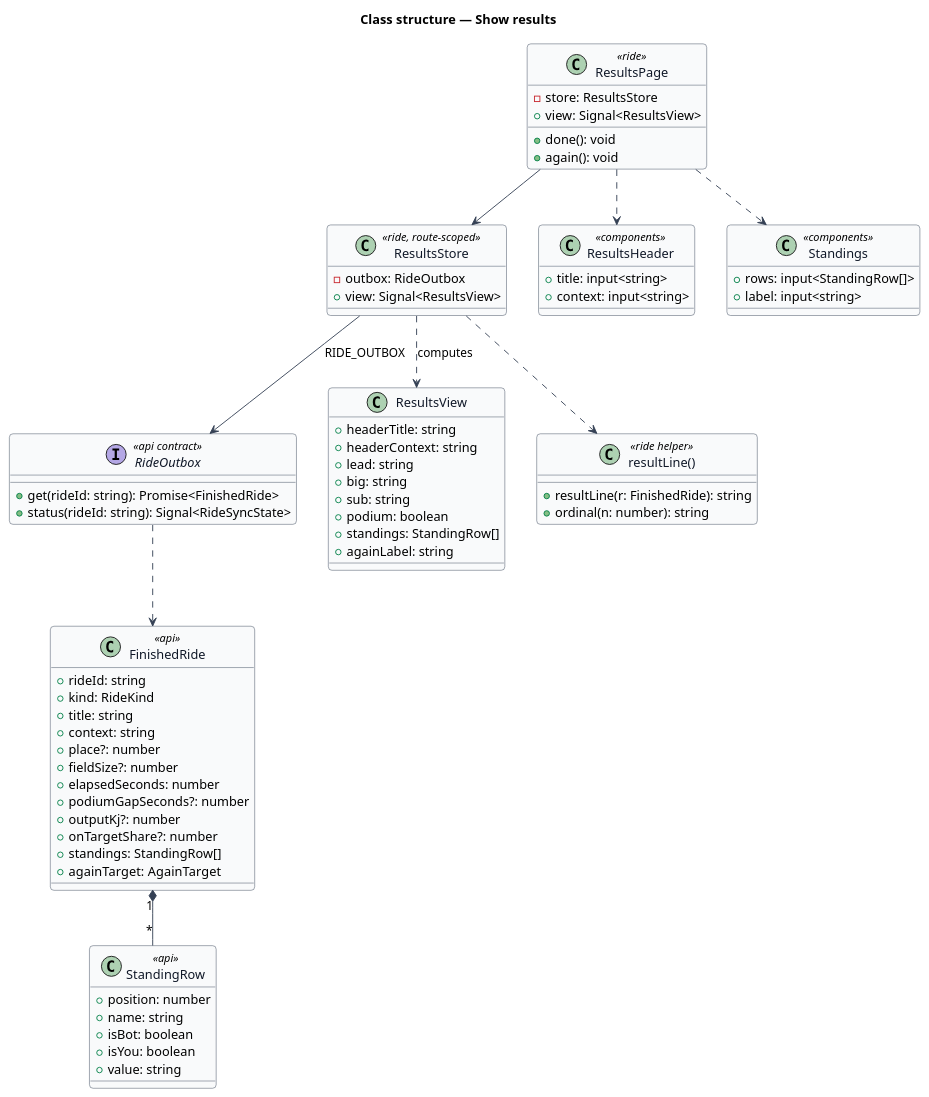
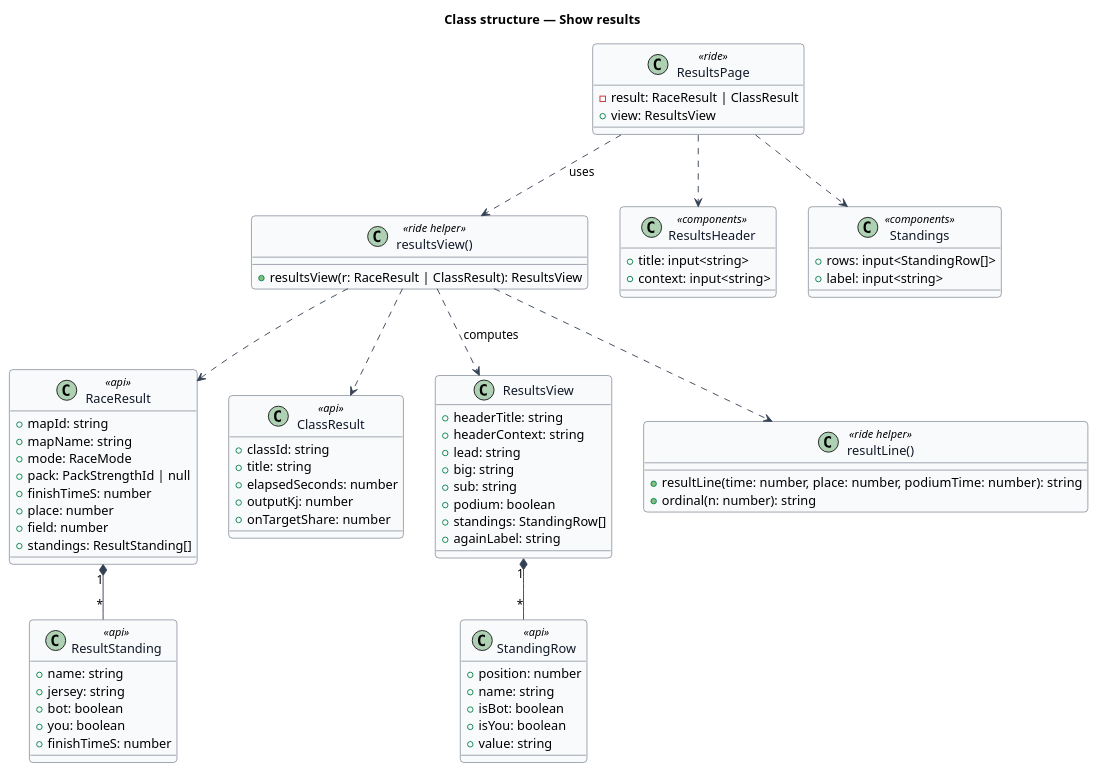
Before and after one commit to QuinntyneBrown/ride-one: the diagram in docs/detailed-designs/results/show-results/diagrams/class-structure.puml, drawn with PlantUML. The commit also changed 8 other files, not shown here.

```diff
--- a/docs/detailed-designs/results/show-results/diagrams/class-structure.puml
+++ b/docs/detailed-designs/results/show-results/diagrams/class-structure.puml
@@ -1,80 +1,84 @@
 @startuml
 ' --- shared skin header ---
 skinparam backgroundColor #FFFFFF
 skinparam shadowing false
 skinparam roundcorner 8
 skinparam defaultFontName Arial
 skinparam ArrowColor #344054
 skinparam class {
   BorderColor #344054
   FontColor #101828
   BackgroundColor #F9FAFB
 }
 ' --------------------------
 title Class structure — Show results
 class ResultsPage <<ride>> {
-  -store: ResultsStore
-  +view: Signal<ResultsView>
-  +done(): void
-  +again(): void
+  -result: RaceResult | ClassResult
+  +view: ResultsView
 }
-class ResultsStore <<ride, route-scoped>> {
-  -outbox: RideOutbox
-  +view: Signal<ResultsView>
+class "resultsView()" as rv <<ride helper>> {
+  +resultsView(r: RaceResult | ClassResult): ResultsView
 }
-interface RideOutbox <<api contract>> {
-  +get(rideId: string): Promise<FinishedRide>
-  +status(rideId: string): Signal<RideSyncState>
+class RaceResult <<api>> {
+  +mapId: string
+  +mapName: string
+  +mode: RaceMode
+  +pack: PackStrengthId | null
+  +finishTimeS: number
+  +place: number
+  +field: number
+  +standings: ResultStanding[]
 }
-class FinishedRide <<api>> {
-  +rideId: string
-  +kind: RideKind
+class ClassResult <<api>> {
+  +classId: string
   +title: string
-  +context: string
-  +place?: number
-  +fieldSize?: number
   +elapsedSeconds: number
-  +podiumGapSeconds?: number
-  +outputKj?: number
-  +onTargetShare?: number
-  +standings: StandingRow[]
-  +againTarget: AgainTarget
+  +outputKj: number
+  +onTargetShare: number
+}
+class ResultStanding <<api>> {
+  +name: string
+  +jersey: string
+  +bot: boolean
+  +you: boolean
+  +finishTimeS: number
 }
 class StandingRow <<api>> {
   +position: number
   +name: string
   +isBot: boolean
   +isYou: boolean
   +value: string
 }
 class ResultsView {
   +headerTitle: string
   +headerContext: string
   +lead: string
   +big: string
   +sub: string
   +podium: boolean
   +standings: StandingRow[]
   +againLabel: string
 }
 class "resultLine()" as rl <<ride helper>> {
-  +resultLine(r: FinishedRide): string
+  +resultLine(time: number, place: number, podiumTime: number): string
   +ordinal(n: number): string
 }
 class ResultsHeader <<components>> {
   +title: input<string>
   +context: input<string>
 }
 class Standings <<components>> {
   +rows: input<StandingRow[]>
   +label: input<string>
 }
-ResultsPage --> ResultsStore
+ResultsPage ..> rv : uses
 ResultsPage ..> ResultsHeader
 ResultsPage ..> Standings
-ResultsStore --> RideOutbox : RIDE_OUTBOX
-ResultsStore ..> rl
-ResultsStore ..> ResultsView : computes
-RideOutbox ..> FinishedRide
-FinishedRide "1" *-- "*" StandingRow
+rv ..> rl
+rv ..> ResultsView : computes
+rv ..> RaceResult
+rv ..> ClassResult
+RaceResult "1" *-- "*" ResultStanding
+ResultsView "1" *-- "*" StandingRow
 @enduml
```
